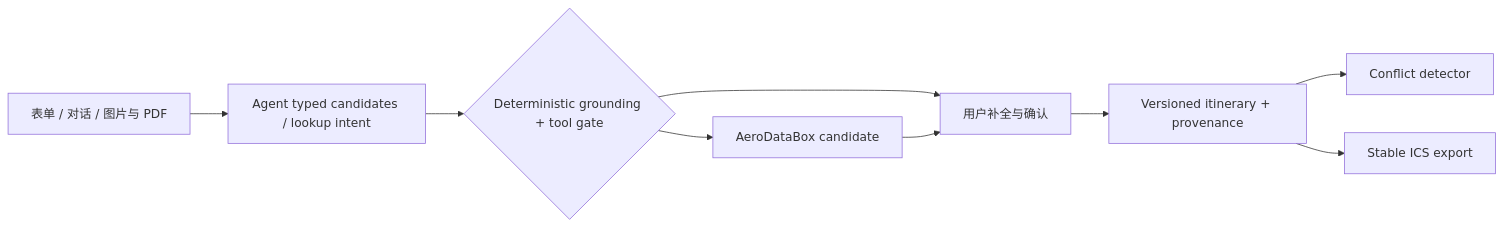
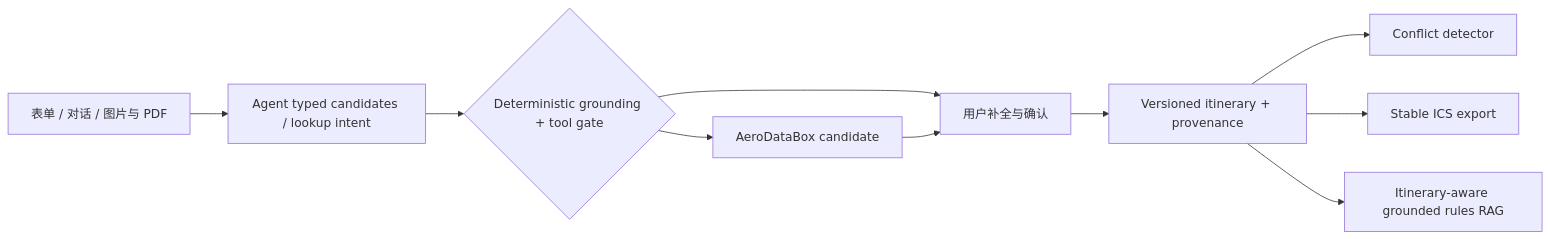
One commit to mingyoud2003-bot/cross-border-travel-agent changed the first of 2 diagrams in README.md. Above: the diagram before and after it, drawn with Mermaid. The commit also changed other lines of this file and 19 other files, not shown here.

Commit message:
feat: add itinerary-aware grounded travel rules RAG

````diff
--- a/README.md
+++ b/README.md
@@ -25,11 +32,12 @@
 ```mermaid
 flowchart LR
     I[表单 / 对话 / 图片与 PDF] --> P[Agent typed candidates / lookup intent]
     P --> G{Deterministic grounding + tool gate}
     G --> A[AeroDataBox candidate]
     G --> C[用户补全与确认]
     A --> C
     C --> S[Versioned itinerary + provenance]
     S --> D[Conflict detector]
     S --> E[Stable ICS export]
+    S --> R[Itinerary-aware grounded rules RAG]
 ```
````
